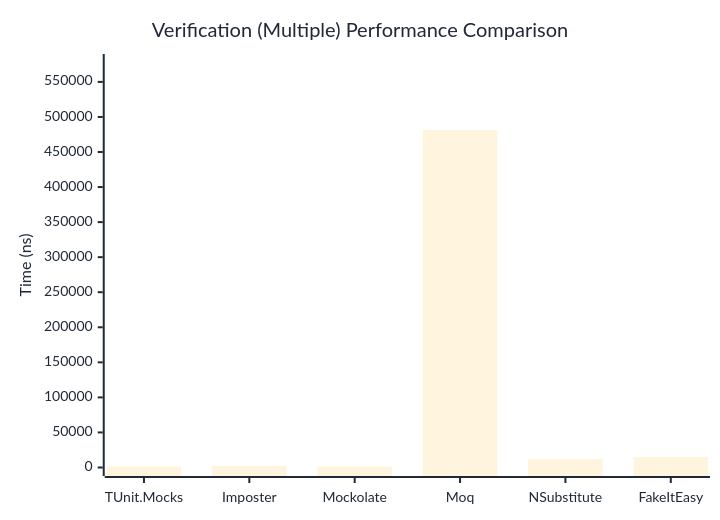
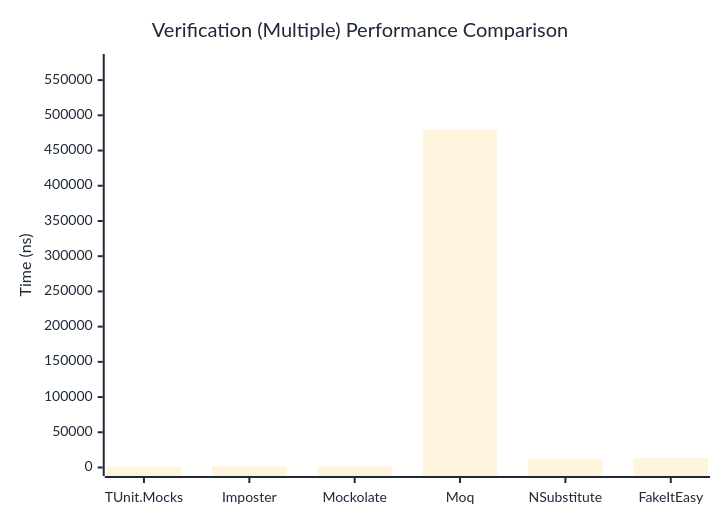
One commit to thomhurst/TUnit changed the third of 3 diagrams in docs/docs/benchmarks/mocks/Verification.md. Above: the diagram before and after it, drawn with Mermaid. The commit also changed other lines of this file and 14 other files, not shown here.

````diff
--- a/docs/docs/benchmarks/mocks/Verification.md
+++ b/docs/docs/benchmarks/mocks/Verification.md
@@ -112,27 +112,27 @@
 ```mermaid
 %%{init: {
   'theme':'base',
   'themeVariables': {
     'primaryColor': '#2563eb',
     'primaryTextColor': '#1f2937',
     'primaryBorderColor': '#1e40af',
     'lineColor': '#6b7280',
     'secondaryColor': '#7c3aed',
     'tertiaryColor': '#dc2626',
     'background': '#ffffff',
     'pie1': '#2563eb',
     'pie2': '#7c3aed',
     'pie3': '#dc2626',
     'pie4': '#f59e0b',
     'pie5': '#10b981',
     'pie6': '#06b6d4',
     'pie7': '#ec4899',
     'pie8': '#6366f1'
   }
 }}%%
 xychart-beta
   title "Verification (Multiple) Performance Comparison"
   x-axis ["TUnit.Mocks", "Imposter", "Mockolate", "Moq", "NSubstitute", "FakeItEasy"]
-  y-axis "Time (ns)" 0 --> 577669
-  bar [1398.25, 2037.6, 1220.38, 481390.63, 11874.03, 14800.58]
+  y-axis "Time (ns)" 0 --> 574995
+  bar [1241.97, 1724.92, 1544.03, 479162.3, 11506.85, 13543.39]
 ```
````
